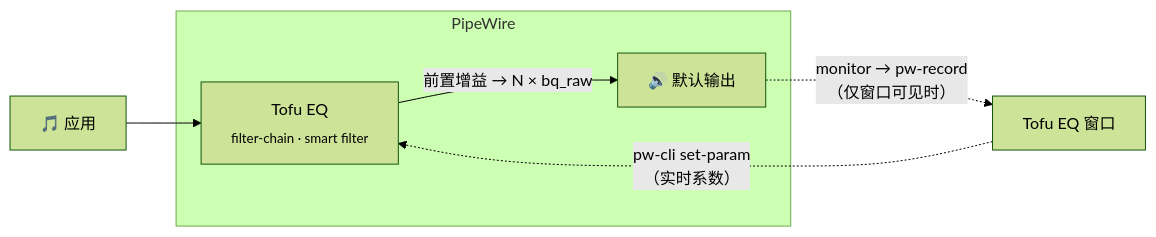
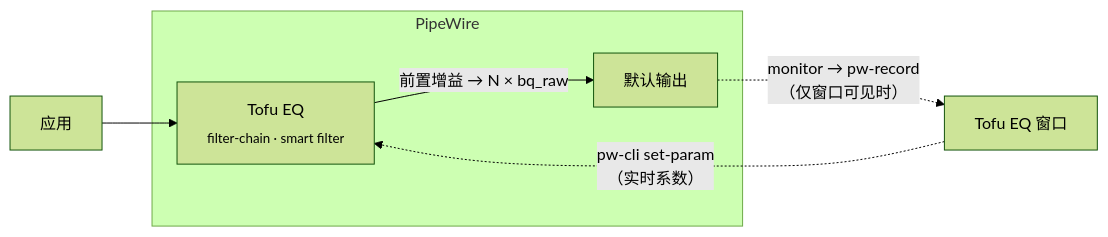
One commit to AoTofu/tofu-eq changed the diagram in README.zh-CN.md. Above: the diagram before and after it, drawn with Mermaid (forest theme). The commit also changed other lines of this file and 2 other files, not shown here.

````diff
--- a/README.zh-CN.md
+++ b/README.zh-CN.md
@@ -92,9 +92,9 @@
 ```mermaid
 flowchart LR
-    apps["🎵 应用"] --> sink
+    apps["应用"] --> sink
     subgraph pw["PipeWire"]
-        sink["Tofu EQ<br><sub>filter-chain · smart filter</sub>"] -->|"前置增益 → N × bq_raw"| dev["🔊 默认输出"]
+        sink["Tofu EQ<br><sub>filter-chain · smart filter</sub>"] -->|"前置增益 → N × bq_raw"| dev["默认输出"]
     end
     gui["Tofu EQ 窗口"] -. "pw-cli set-param<br>（实时系数）" .-> sink
     dev -. "monitor → pw-record<br>（仅窗口可见时）" .-> gui
 ```
````
